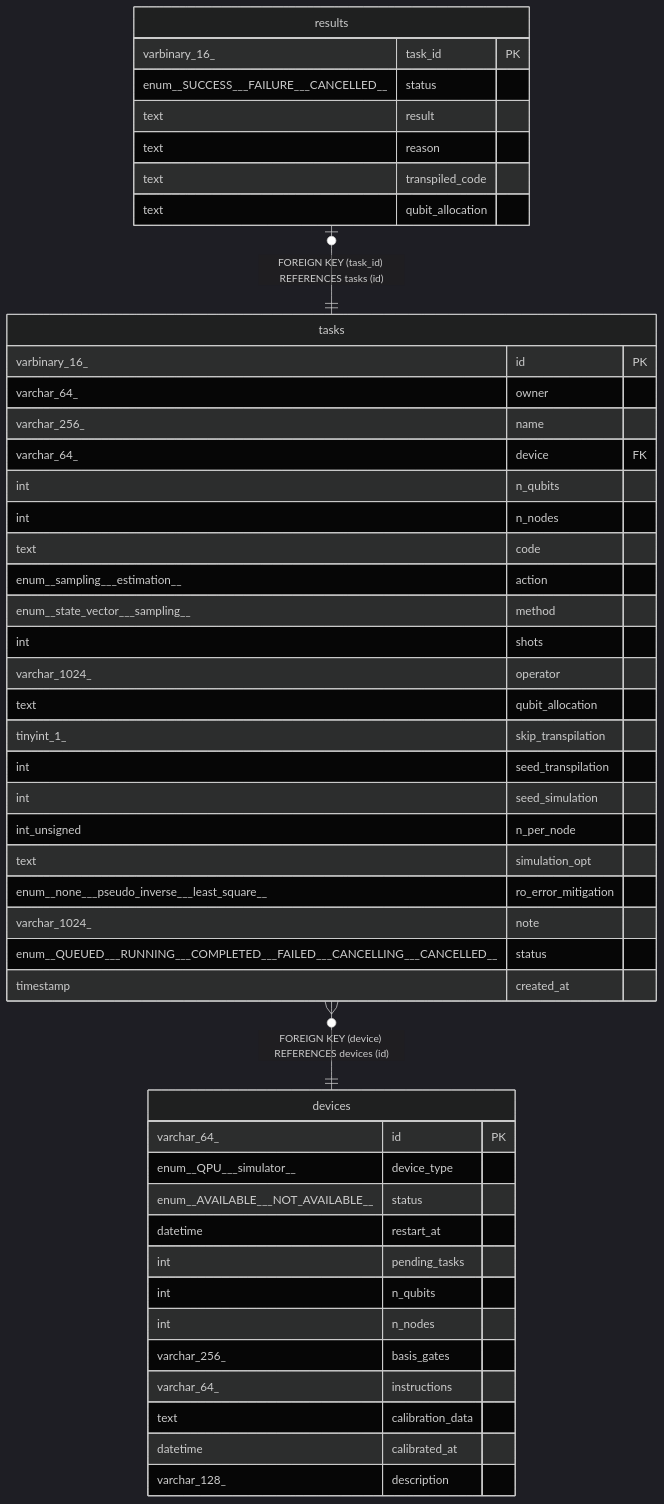
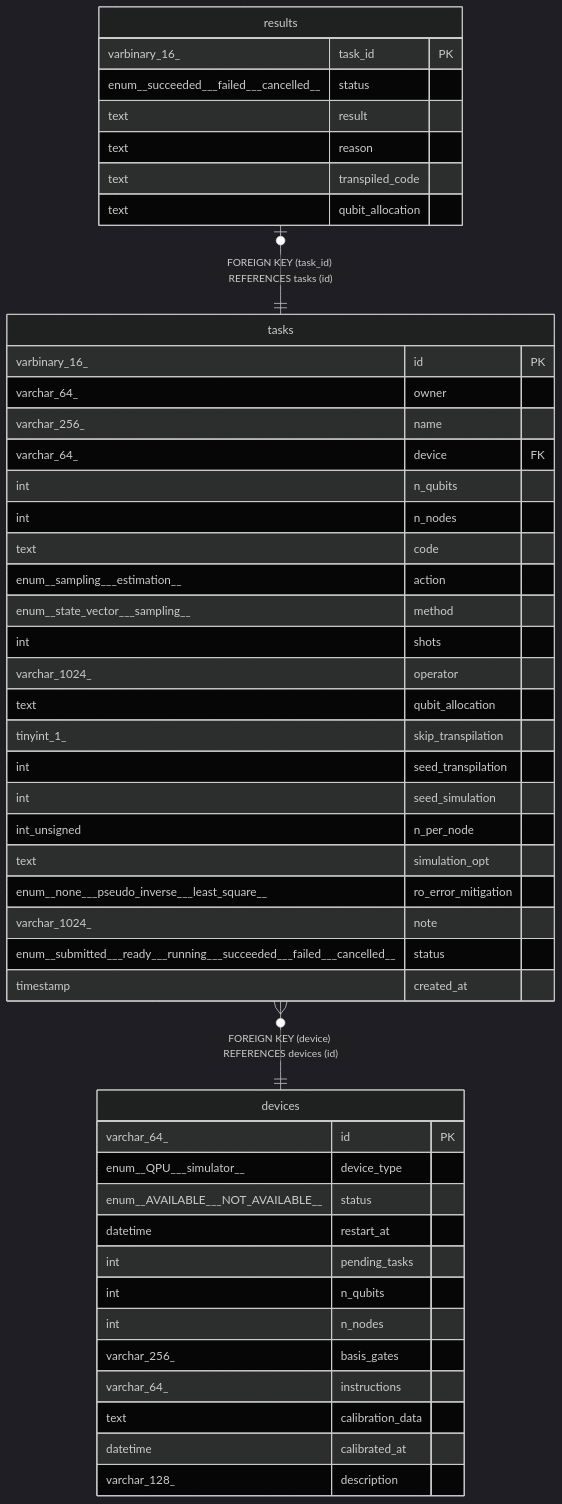
One commit to oqtopus-team/oqtopus-cloud changed the diagram in docs/schema/README.md. Above: the diagram before and after it, drawn with Mermaid (dark theme). The commit also changed 37 other files, not shown here.

````diff
--- a/docs/schema/README.md
+++ b/docs/schema/README.md
@@ -13,52 +13,52 @@
 ```mermaid
 erDiagram
 
 "results" |o--|| "tasks" : "FOREIGN KEY (task_id) REFERENCES tasks (id)"
 "tasks" }o--|| "devices" : "FOREIGN KEY (device) REFERENCES devices (id)"
 
 "devices" {
   varchar_64_ id PK
   enum__QPU___simulator__ device_type
   enum__AVAILABLE___NOT_AVAILABLE__ status
   datetime restart_at
   int pending_tasks
   int n_qubits
   int n_nodes
   varchar_256_ basis_gates
   varchar_64_ instructions
   text calibration_data
   datetime calibrated_at
   varchar_128_ description
 }
 "results" {
   varbinary_16_ task_id PK
-  enum__SUCCESS___FAILURE___CANCELLED__ status
+  enum__succeeded___failed___cancelled__ status
   text result
   text reason
   text transpiled_code
   text qubit_allocation
 }
 "tasks" {
   varbinary_16_ id PK
   varchar_64_ owner
   varchar_256_ name
   varchar_64_ device FK
   int n_qubits
   int n_nodes
   text code
   enum__sampling___estimation__ action
   enum__state_vector___sampling__ method
   int shots
   varchar_1024_ operator
   text qubit_allocation
   tinyint_1_ skip_transpilation
   int seed_transpilation
   int seed_simulation
   int_unsigned n_per_node
   text simulation_opt
   enum__none___pseudo_inverse___least_square__ ro_error_mitigation
   varchar_1024_ note
-  enum__QUEUED___RUNNING___COMPLETED___FAILED___CANCELLING___CANCELLED__ status
+  enum__submitted___ready___running___succeeded___failed___cancelled__ status
   timestamp created_at
 }
 ```
````
